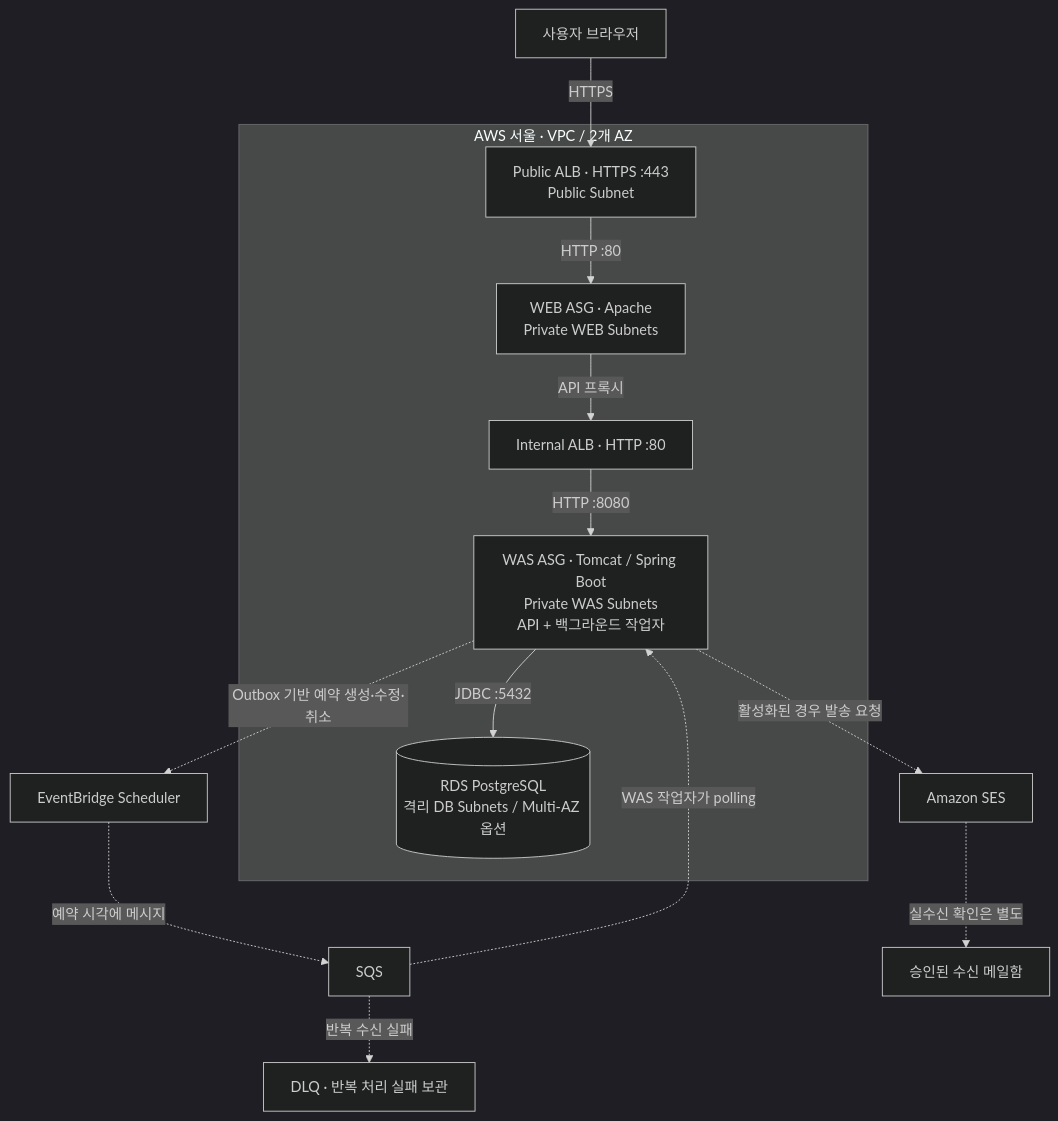
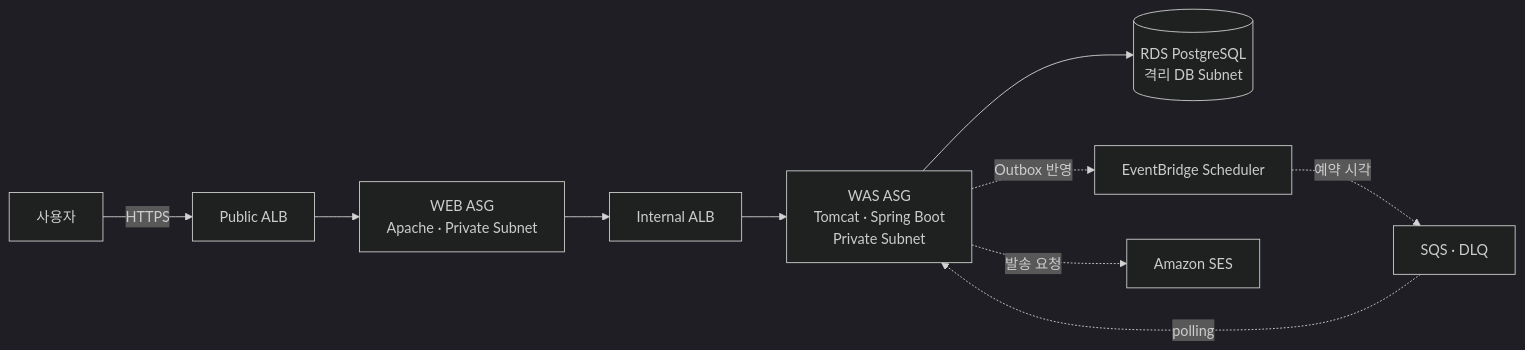
Before and after one commit to grapefruit0205/middleproject: the second of 3 diagrams in README.md, drawn with Mermaid (dark theme). The commit also changed other lines of this file and 15 other files, not shown here.

````diff
--- a/README.md
+++ b/README.md
@@ -50,27 +97,14 @@
 ```mermaid
-flowchart TB
-    user["사용자 브라우저"]
-    subgraph vpc ["AWS 서울 · VPC / 2개 AZ"]
-        alb["Public ALB · HTTPS :443<br/>Public Subnet"]
-        web["WEB ASG · Apache<br/>Private WEB Subnets"]
-        ialb["Internal ALB · HTTP :80"]
-        was["WAS ASG · Tomcat / Spring Boot<br/>Private WAS Subnets<br/>API + 백그라운드 작업자"]
-        db[("RDS PostgreSQL<br/>격리 DB Subnets / Multi-AZ 옵션")]
-        alb -->|"HTTP :80"| web
-        web -->|"API 프록시"| ialb
-        ialb -->|"HTTP :8080"| was
-        was -->|"JDBC :5432"| db
-    end
-    user -->|"HTTPS"| alb
-    scheduler["EventBridge Scheduler"]
-    queue["SQS"]
-    dlq["DLQ · 반복 처리 실패 보관"]
-    ses["Amazon SES"]
-    inbox["승인된 수신 메일함"]
-    was -.->|"Outbox 기반 예약 생성·수정·취소"| scheduler
-    scheduler -.->|"예약 시각에 메시지"| queue
-    queue -.->|"WAS 작업자가 polling"| was
-    queue -.->|"반복 수신 실패"| dlq
-    was -.->|"활성화된 경우 발송 요청"| ses
-    ses -.->|"실수신 확인은 별도"| inbox
+flowchart LR
+    user["사용자"] -->|"HTTPS"| alb["Public ALB"]
+    alb --> web["WEB ASG<br/>Apache · Private Subnet"]
+    web --> ialb["Internal ALB"]
+    ialb --> was["WAS ASG<br/>Tomcat · Spring Boot<br/>Private Subnet"]
+    was --> db[("RDS PostgreSQL<br/>격리 DB Subnet")]
+
+    was -.->|"Outbox 반영"| scheduler["EventBridge Scheduler"]
+    scheduler -.->|"예약 시각"| queue["SQS · DLQ"]
+    queue -.->|"polling"| was
+    was -.->|"발송 요청"| ses["Amazon SES"]
+
 ```
````
